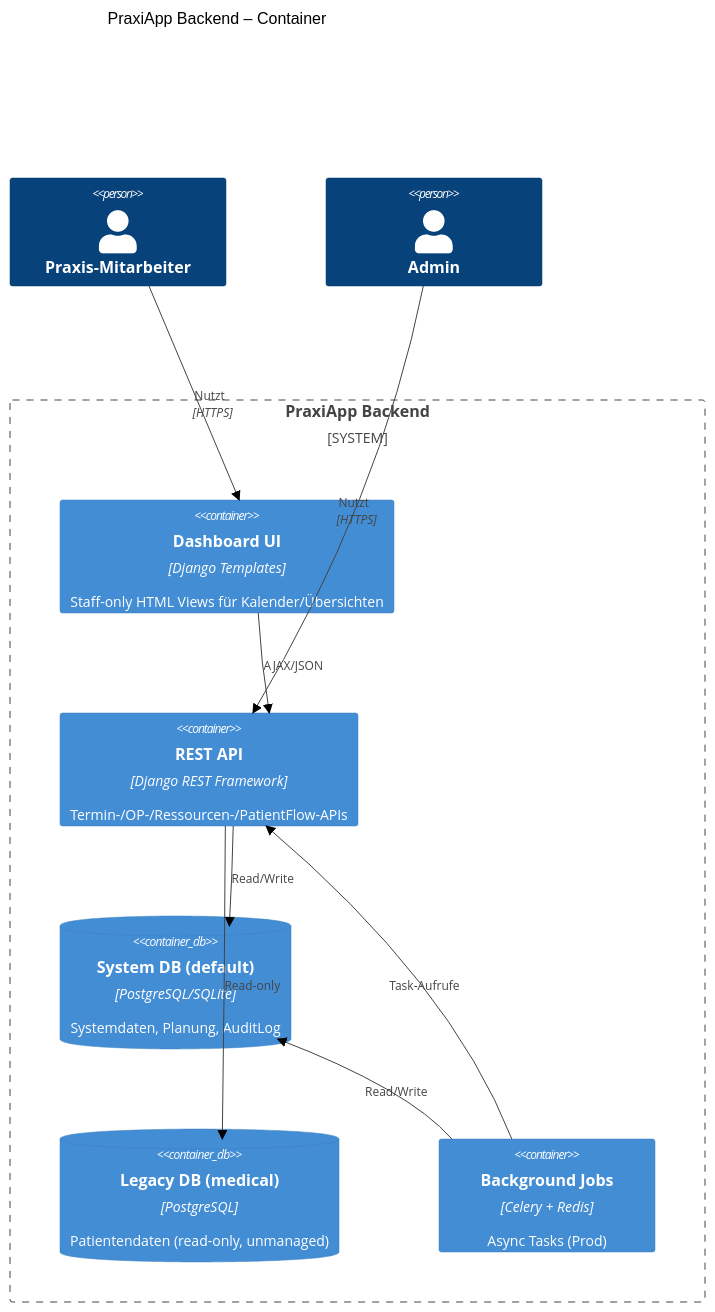
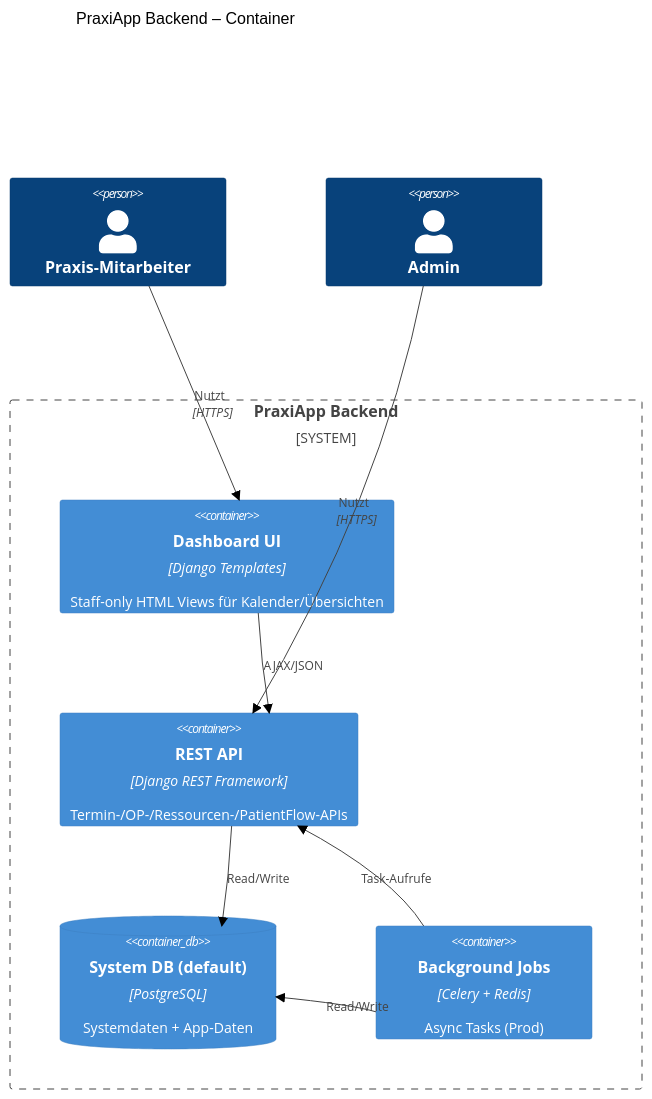
One commit to hassan19775113/PraxiApp changed the second of 3 diagrams in docs/C4.md. Above: the diagram before and after it, drawn with Mermaid (forest theme). The commit also changed other lines of this file and 95 other files, not shown here.

First line of the commit message:
Refactor architecture documentation and remove legacy medical app

````diff
--- a/docs/C4.md
+++ b/docs/C4.md
@@ -29,23 +27,21 @@
 ```mermaid
 C4Container
 title PraxiApp Backend – Container
 
 Person(staff, "Praxis-Mitarbeiter")
 Person(admin, "Admin")
 
 System_Boundary(praxi, "PraxiApp Backend") {
   Container(webapp, "Dashboard UI", "Django Templates", "Staff-only HTML Views für Kalender/Übersichten")
   Container(api, "REST API", "Django REST Framework", "Termin-/OP-/Ressourcen-/PatientFlow-APIs")
-  ContainerDb(db_default, "System DB (default)", "PostgreSQL/SQLite", "Systemdaten, Planung, AuditLog")
-  ContainerDb(db_medical, "Legacy DB (medical)", "PostgreSQL", "Patientendaten (read-only, unmanaged)")
+  ContainerDb(db_default, "System DB (default)", "PostgreSQL", "Systemdaten + App-Daten")
   Container(job, "Background Jobs", "Celery + Redis", "Async Tasks (Prod)")
 }
 
 Rel(staff, webapp, "Nutzt", "HTTPS")
 Rel(admin, api, "Nutzt", "HTTPS")
 Rel(webapp, api, "AJAX/JSON")
 Rel(api, db_default, "Read/Write")
-Rel(api, db_medical, "Read-only")
 Rel(job, db_default, "Read/Write")
 Rel(job, api, "Task-Aufrufe")
 ```
````
